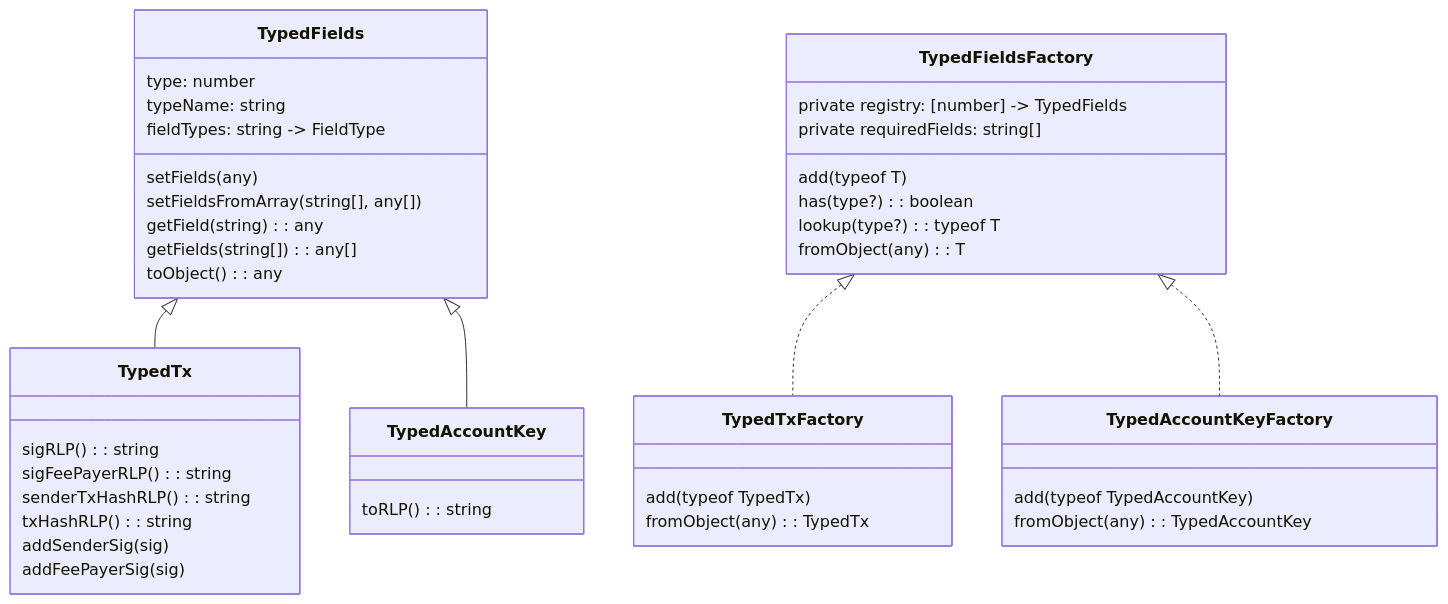
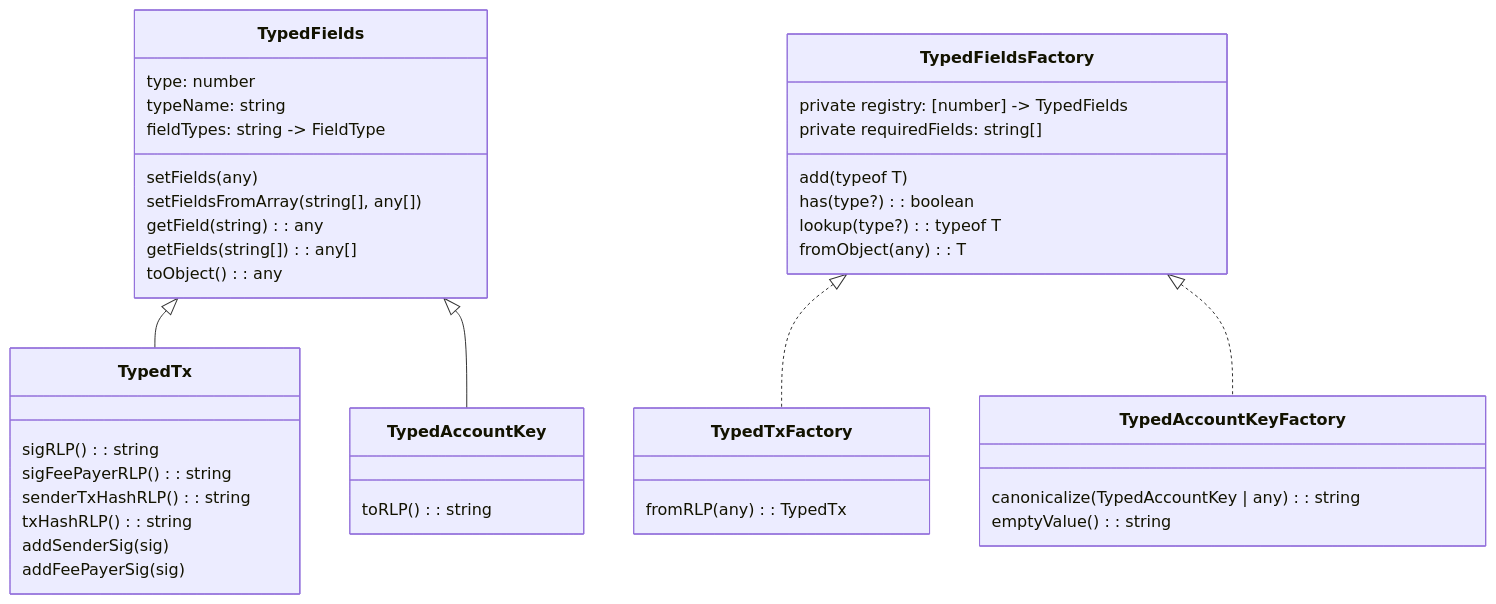
One commit to blukat29/klaytn-sdk-design changed the first of 2 diagrams in README.md. Above: the diagram before and after it, drawn with Mermaid.

Commit message:
Update class diagram for referencing

````diff
--- a/README.md
+++ b/README.md
@@ -34,45 +34,44 @@
 ```mermaid
 classDiagram
   TypedFields <|-- TypedTx
   TypedFields <|-- TypedAccountKey
   class TypedFields {
     type: number
     typeName: string
     fieldTypes: string -> FieldType
     setFields(any)
     setFieldsFromArray( string[], any[] )
     getField( string ): any
     getFields( string[] ): any[]
     toObject(): any
   }
   class TypedTx {
     sigRLP(): string
     sigFeePayerRLP(): string
     senderTxHashRLP(): string
     txHashRLP(): string
     addSenderSig(sig)
     addFeePayerSig(sig)
   }
   class TypedAccountKey {
     toRLP(): string
   }
 
   TypedFieldsFactory <|.. TypedTxFactory
   TypedFieldsFactory <|.. TypedAccountKeyFactory
   class TypedFieldsFactory {
     private registry: [number] -> TypedFields
     private requiredFields: string[]
     add(typeof T)
     has(type?): boolean
     lookup(type?): typeof T
     fromObject(any): T
   }
   class TypedTxFactory {
-    add(typeof TypedTx)
-    fromObject(any): TypedTx
+    fromRLP(any): TypedTx
   }
   class TypedAccountKeyFactory {
-    add(typeof TypedAccountKey)
-    fromObject(any): TypedAccountKey
+    canonicalize(TypedAccountKey | any): string 
+    emptyValue(): string
   }
 ```
````
